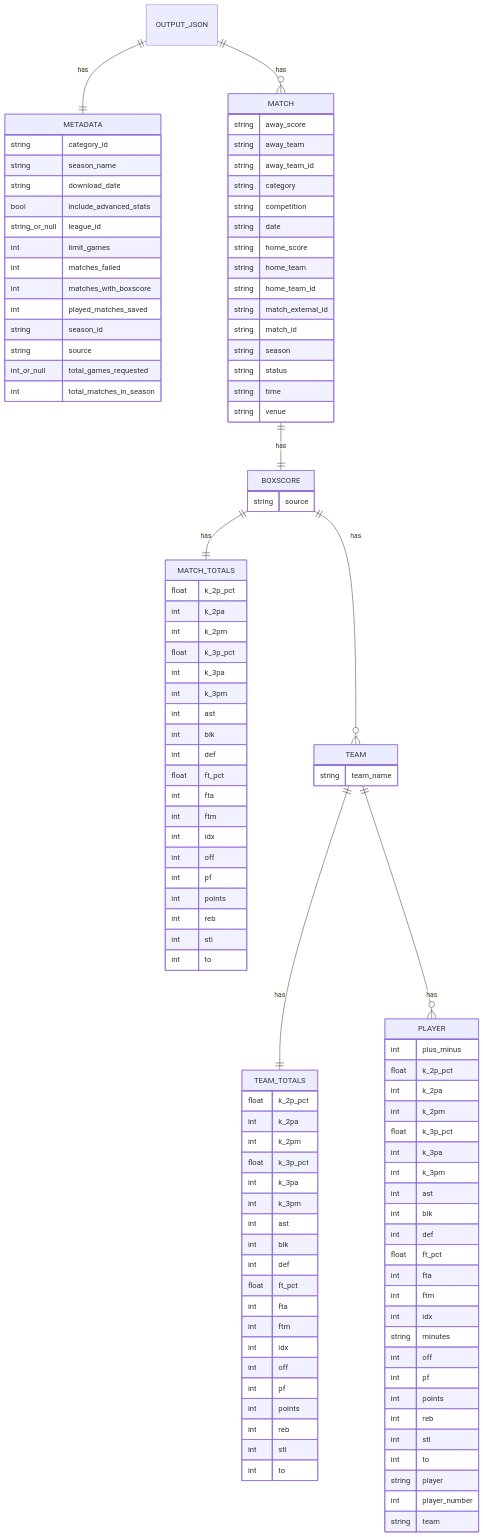
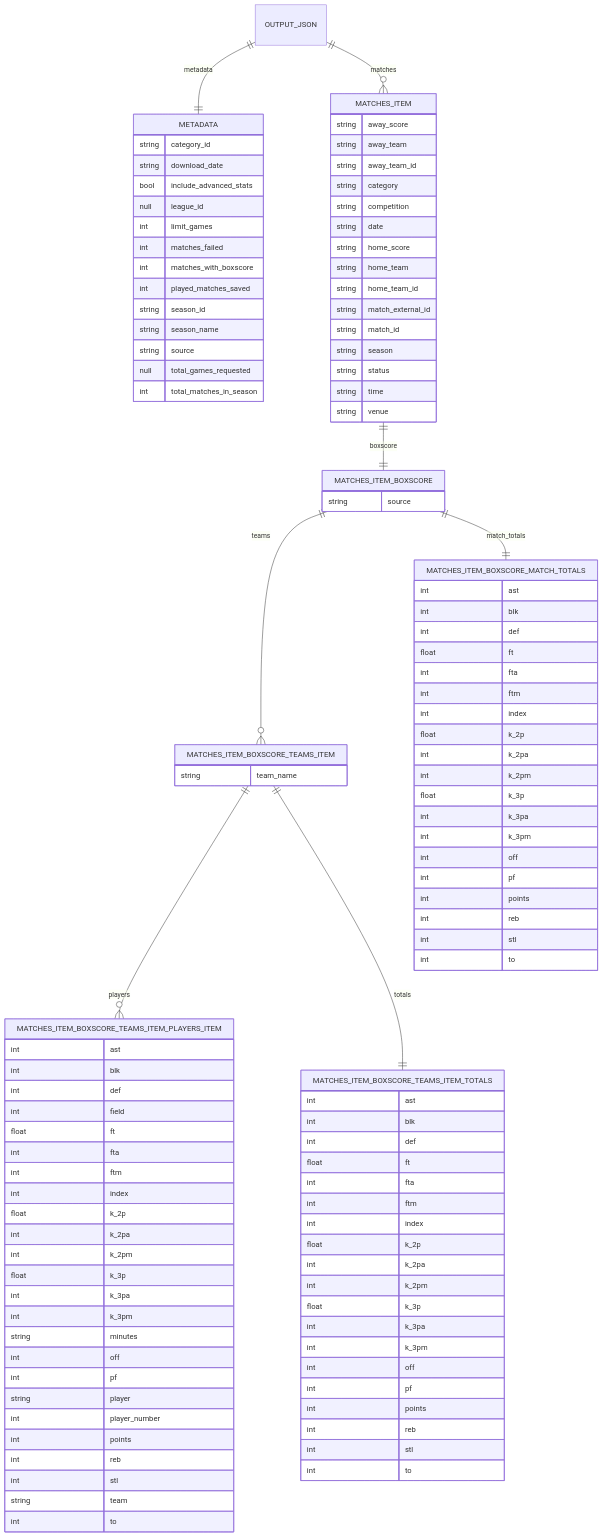
Before and after one commit to apmnt/koris-api: the diagram in README.md, drawn with Mermaid. The commit also changed other lines of this file, not shown here.

Commit message:
Update readme with a generated chart

````diff
--- a/README.md
+++ b/README.md
@@ -48,29 +48,30 @@
 ```mermaid
 erDiagram
-  OUTPUT_JSON ||--|| METADATA : has
-  OUTPUT_JSON ||--o{ MATCH : has
-  MATCH ||--|| BOXSCORE : has
-  BOXSCORE ||--|| MATCH_TOTALS : has
-  BOXSCORE ||--o{ TEAM : has
-  TEAM ||--|| TEAM_TOTALS : has
-  TEAM ||--o{ PLAYER : has
-
+  OUTPUT_JSON ||--|| METADATA : metadata
+  OUTPUT_JSON ||--o{ MATCHES_ITEM : matches
+  MATCHES_ITEM ||--|| MATCHES_ITEM_BOXSCORE : boxscore
+  MATCHES_ITEM_BOXSCORE ||--o{ MATCHES_ITEM_BOXSCORE_TEAMS_ITEM : teams
+  MATCHES_ITEM_BOXSCORE_TEAMS_ITEM ||--o{ MATCHES_ITEM_BOXSCORE_TEAMS_ITEM_PLAYERS_ITEM : players
+  MATCHES_ITEM_BOXSCORE_TEAMS_ITEM ||--|| MATCHES_ITEM_BOXSCORE_TEAMS_ITEM_TOTALS : totals
+  MATCHES_ITEM_BOXSCORE ||--|| MATCHES_ITEM_BOXSCORE_MATCH_TOTALS : match_totals
+  OUTPUT_JSON {
+  }
   METADATA {
     string category_id
-    string season_name
     string download_date
     bool include_advanced_stats
-    string_or_null league_id
+    null league_id
     int limit_games
     int matches_failed
     int matches_with_boxscore
     int played_matches_saved
     string season_id
+    string season_name
     string source
-    int_or_null total_games_requested
+    null total_games_requested
     int total_matches_in_season
   }
-  MATCH {
+  MATCHES_ITEM {
     string away_score
     string away_team
     string away_team_id
@@ -87,23 +88,52 @@
     string time
     string venue
   }
-  BOXSCORE {
+  MATCHES_ITEM_BOXSCORE {
     string source
   }
-  MATCH_TOTALS {
-    float k_2p_pct
-    int k_2pa
-    int k_2pm
-    float k_3p_pct
-    int k_3pa
-    int k_3pm
+  MATCHES_ITEM_BOXSCORE_TEAMS_ITEM {
+    string team_name
+  }
+  MATCHES_ITEM_BOXSCORE_TEAMS_ITEM_PLAYERS_ITEM {
     int ast
     int blk
     int def
-    float ft_pct
+    int field
+    float ft
     int fta
     int ftm
-    int idx
+    int index
+    float k_2p
+    int k_2pa
+    int k_2pm
+    float k_3p
+    int k_3pa
+    int k_3pm
+    string minutes
+    int off
+    int pf
+    string player
+    int player_number
+    int points
+    int reb
+    int stl
+    string team
+    int to
+  }
+  MATCHES_ITEM_BOXSCORE_TEAMS_ITEM_TOTALS {
+    int ast
+    int blk
+    int def
+    float ft
+    int fta
+    int ftm
+    int index
+    float k_2p
+    int k_2pa
+    int k_2pm
+    float k_3p
+    int k_3pa
+    int k_3pm
     int off
     int pf
     int points
@@ -111,23 +141,20 @@
     int stl
     int to
   }
-  TEAM {
-    string team_name
-  }
-  TEAM_TOTALS {
-    float k_2p_pct
-    int k_2pa
-    int k_2pm
-    float k_3p_pct
-    int k_3pa
-    int k_3pm
+  MATCHES_ITEM_BOXSCORE_MATCH_TOTALS {
     int ast
     int blk
     int def
-    float ft_pct
+    float ft
     int fta
     int ftm
-    int idx
+    int index
+    float k_2p
+    int k_2pa
+    int k_2pm
+    float k_3p
+    int k_3pa
+    int k_3pm
     int off
     int pf
     int points
@@ -135,30 +162,4 @@
     int stl
     int to
   }
-  PLAYER {
-    int plus_minus
-    float k_2p_pct
-    int k_2pa
-    int k_2pm
-    float k_3p_pct
-    int k_3pa
-    int k_3pm
-    int ast
-    int blk
-    int def
-    float ft_pct
-    int fta
-    int ftm
-    int idx
-    string minutes
-    int off
-    int pf
-    int points
-    int reb
-    int stl
-    int to
-    string player
-    int player_number
-    string team
-  }
 ```
````
